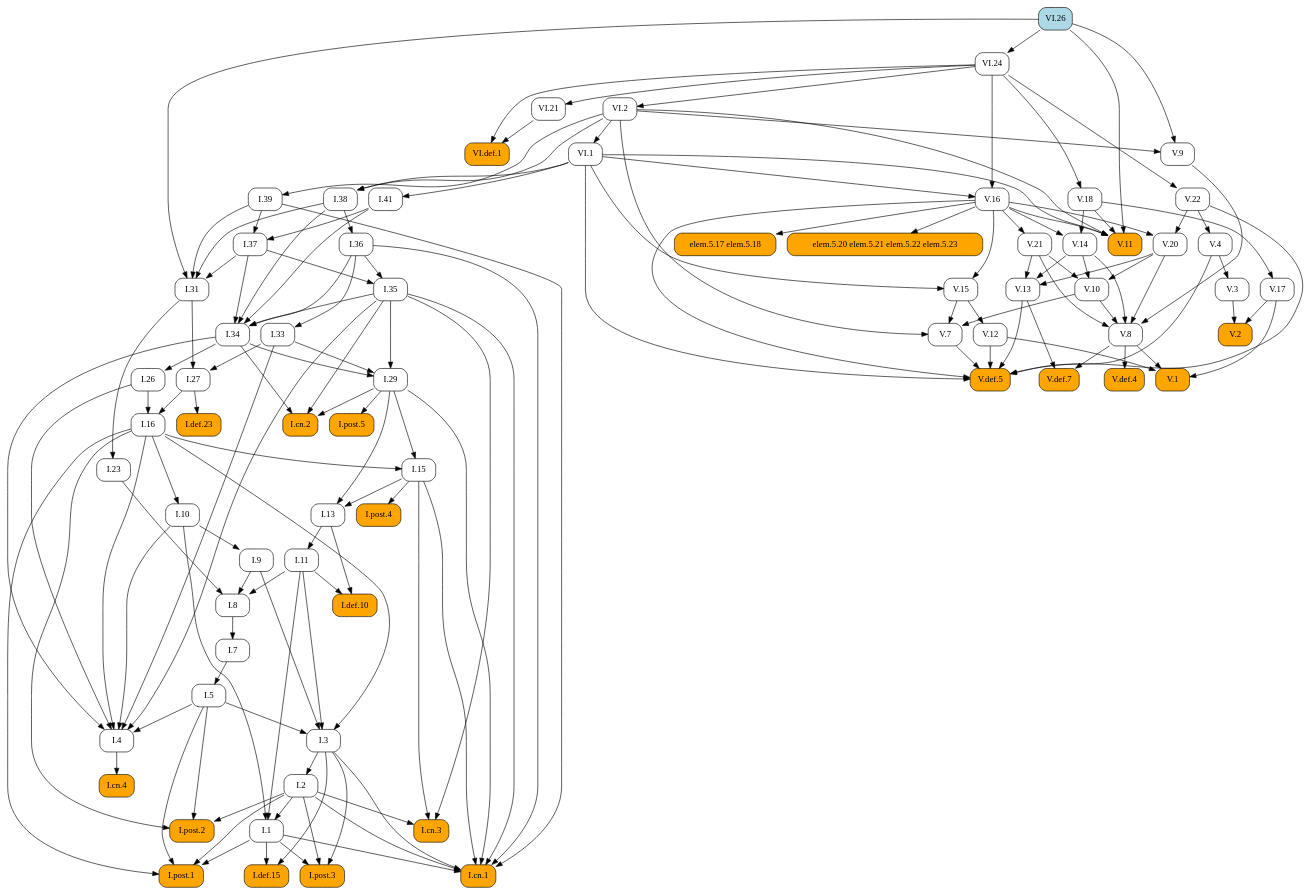
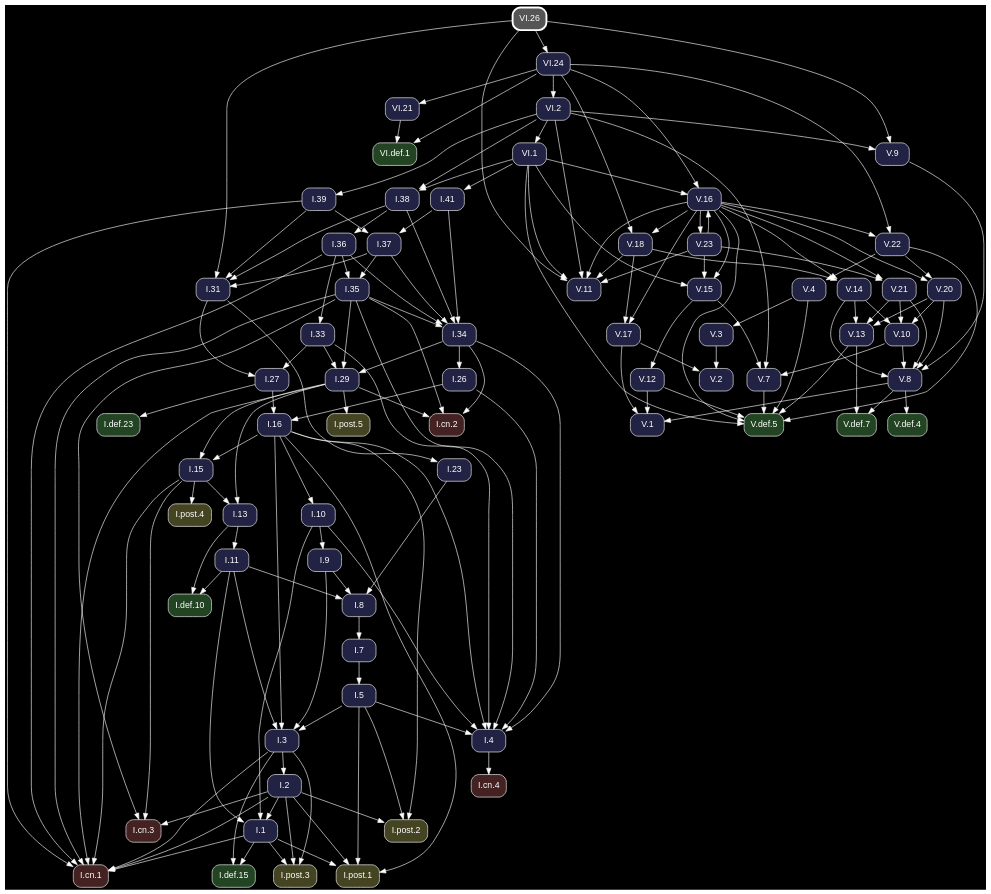
One commit to geometor/elements changed the diagram in docsrc/heath/VI/26/index.rst. Above: the diagram before and after it, drawn with Graphviz. The commit also changed other lines of this file and 1200 other files, not shown here.

Commit message:
update dependency graphs

```diff
--- a/docsrc/heath/VI/26/index.rst
+++ b/docsrc/heath/VI/26/index.rst
@@ -48,184 +48,80 @@
 .. graphviz::
 
    digraph {
+     bgcolor="black";
+     node [shape=box, style="rounded,filled", fontname="Helvetica", color="white", fontcolor="white"];
+     edge [color="white", fontcolor="white"];
      rankdir="TB";
-     node [shape=box, style=rounded];
-     "I.23" [URL="/heath/I/23/", target="_top"];
-     "I.9" [URL="/heath/I/9/", target="_top"];
-     "VI.def.1" [style="rounded,filled", fillcolor=orange, URL="/heath/VI/def.1/", target="_top"];
-     "V.13" [URL="/heath/V/13/", target="_top"];
-     "I.def.15" [style="rounded,filled", fillcolor=orange, URL="/heath/I/def.15/", target="_top"];
-     "V.7" [URL="/heath/V/7/", target="_top"];
-     "elem.5.17 elem.5.18" [style="rounded,filled", fillcolor=orange];
-     "I.post.1" [style="rounded,filled", fillcolor=orange, URL="/heath/I/post.1/", target="_top"];
-     "V.14" [URL="/heath/V/14/", target="_top"];
-     "V.9" [URL="/heath/V/9/", target="_top"];
-     "I.31" [URL="/heath/I/31/", target="_top"];
-     "V.10" [URL="/heath/V/10/", target="_top"];
-     "I.def.10" [style="rounded,filled", fillcolor=orange, URL="/heath/I/def.10/", target="_top"];
-     "V.4" [URL="/heath/V/4/", target="_top"];
-     "VI.1" [URL="/heath/VI/1/", target="_top"];
-     "I.39" [URL="/heath/I/39/", target="_top"];
-     "V.11" [style="rounded,filled", fillcolor=orange, URL="/heath/V/11/", target="_top"];
-     "V.17" [URL="/heath/V/17/", target="_top"];
-     "I.34" [URL="/heath/I/34/", target="_top"];
-     "I.3" [URL="/heath/I/3/", target="_top"];
-     "V.def.4" [style="rounded,filled", fillcolor=orange, URL="/heath/V/def.4/", target="_top"];
-     "V.def.7" [style="rounded,filled", fillcolor=orange, URL="/heath/V/def.7/", target="_top"];
-     "V.21" [URL="/heath/V/21/", target="_top"];
-     "I.2" [URL="/heath/I/2/", target="_top"];
-     "V.3" [URL="/heath/V/3/", target="_top"];
-     "I.13" [URL="/heath/I/13/", target="_top"];
-     "I.post.4" [style="rounded,filled", fillcolor=orange, URL="/heath/I/post.4/", target="_top"];
-     "I.4" [URL="/heath/I/4/", target="_top"];
-     "I.1" [URL="/heath/I/1/", target="_top"];
-     "I.8" [URL="/heath/I/8/", target="_top"];
-     "I.29" [URL="/heath/I/29/", target="_top"];
-     "V.8" [URL="/heath/V/8/", target="_top"];
-     "VI.24" [URL="/heath/VI/24/", target="_top"];
-     "I.38" [URL="/heath/I/38/", target="_top"];
-     "I.15" [URL="/heath/I/15/", target="_top"];
-     "I.10" [URL="/heath/I/10/", target="_top"];
-     "I.11" [URL="/heath/I/11/", target="_top"];
-     "I.def.23" [style="rounded,filled", fillcolor=orange, URL="/heath/I/def.23/", target="_top"];
-     "VI.21" [URL="/heath/VI/21/", target="_top"];
-     "I.26" [URL="/heath/I/26/", target="_top"];
-     "V.16" [URL="/heath/V/16/", target="_top"];
-     "I.33" [URL="/heath/I/33/", target="_top"];
-     "VI.26" [style="rounded,filled", fillcolor=lightblue, URL="/heath/VI/26/", target="_top"];
-     "I.post.3" [style="rounded,filled", fillcolor=orange, URL="/heath/I/post.3/", target="_top"];
-     "V.def.5" [style="rounded,filled", fillcolor=orange, URL="/heath/V/def.5/", target="_top"];
-     "I.27" [URL="/heath/I/27/", target="_top"];
-     "V.20" [URL="/heath/V/20/", target="_top"];
-     "V.12" [URL="/heath/V/12/", target="_top"];
-     "V.2" [style="rounded,filled", fillcolor=orange, URL="/heath/V/2/", target="_top"];
-     "I.cn.1" [style="rounded,filled", fillcolor=orange, URL="/heath/I/cn.1/", target="_top"];
-     "I.35" [URL="/heath/I/35/", target="_top"];
-     "I.7" [URL="/heath/I/7/", target="_top"];
-     "I.36" [URL="/heath/I/36/", target="_top"];
-     "I.5" [URL="/heath/I/5/", target="_top"];
-     "I.37" [URL="/heath/I/37/", target="_top"];
-     "V.18" [URL="/heath/V/18/", target="_top"];
-     "I.cn.3" [style="rounded,filled", fillcolor=orange, URL="/heath/I/cn.3/", target="_top"];
-     "I.16" [URL="/heath/I/16/", target="_top"];
-     "V.22" [URL="/heath/V/22/", target="_top"];
-     "V.1" [style="rounded,filled", fillcolor=orange, URL="/heath/V/1/", target="_top"];
-     "I.cn.2" [style="rounded,filled", fillcolor=orange, URL="/heath/I/cn.2/", target="_top"];
-     "I.post.5" [style="rounded,filled", fillcolor=orange, URL="/heath/I/post.5/", target="_top"];
-     "VI.2" [URL="/heath/VI/2/", target="_top"];
-     "I.cn.4" [style="rounded,filled", fillcolor=orange, URL="/heath/I/cn.4/", target="_top"];
-     "V.15" [URL="/heath/V/15/", target="_top"];
-     "I.post.2" [style="rounded,filled", fillcolor=orange, URL="/heath/I/post.2/", target="_top"];
-     "I.41" [URL="/heath/I/41/", target="_top"];
-     "elem.5.20 elem.5.21 elem.5.22 elem.5.23" [style="rounded,filled", fillcolor=orange];
-     "I.31" -> "I.23";
-     "I.10" -> "I.9";
-     "VI.21" -> "VI.def.1";
-     "VI.24" -> "VI.def.1";
-     "V.14" -> "V.13";
-     "V.20" -> "V.13";
-     "V.21" -> "V.13";
-     "I.1" -> "I.def.15";
-     "I.3" -> "I.def.15";
-     "V.10" -> "V.7";
-     "V.15" -> "V.7";
-     "VI.2" -> "V.7";
-     "V.16" -> "elem.5.17 elem.5.18";
-     "I.1" -> "I.post.1";
-     "I.2" -> "I.post.1";
-     "I.5" -> "I.post.1";
-     "I.16" -> "I.post.1";
-     "V.16" -> "V.14";
-     "V.18" -> "V.14";
-     "VI.2" -> "V.9";
-     "VI.26" -> "V.9";
-     "I.37" -> "I.31";
-     "I.38" -> "I.31";
-     "I.39" -> "I.31";
-     "VI.26" -> "I.31";
-     "V.14" -> "V.10";
-     "V.20" -> "V.10";
-     "V.21" -> "V.10";
-     "I.11" -> "I.def.10";
-     "I.13" -> "I.def.10";
-     "V.22" -> "V.4";
-     "VI.2" -> "VI.1";
-     "VI.2" -> "I.39";
-     "V.16" -> "V.11";
-     "V.18" -> "V.11";
-     "VI.1" -> "V.11";
-     "VI.2" -> "V.11";
-     "VI.26" -> "V.11";
-     "V.18" -> "V.17";
-     "I.35" -> "I.34";
-     "I.36" -> "I.34";
-     "I.37" -> "I.34";
-     "I.38" -> "I.34";
-     "I.41" -> "I.34";
-     "I.5" -> "I.3";
-     "I.9" -> "I.3";
-     "I.11" -> "I.3";
-     "I.16" -> "I.3";
-     "V.8" -> "V.def.4";
-     "V.8" -> "V.def.7";
-     "V.13" -> "V.def.7";
-     "V.16" -> "V.21";
-     "I.3" -> "I.2";
-     "V.4" -> "V.3";
-     "I.15" -> "I.13";
-     "I.29" -> "I.13";
-     "I.15" -> "I.post.4";
-     "I.5" -> "I.4";
-     "I.10" -> "I.4";
-     "I.16" -> "I.4";
-     "I.26" -> "I.4";
-     "I.33" -> "I.4";
-     "I.34" -> "I.4";
-     "I.35" -> "I.4";
-     "I.2" -> "I.1";
-     "I.10" -> "I.1";
-     "I.11" -> "I.1";
-     "I.9" -> "I.8";
-     "I.11" -> "I.8";
-     "I.23" -> "I.8";
-     "I.33" -> "I.29";
-     "I.34" -> "I.29";
-     "I.35" -> "I.29";
-     "V.9" -> "V.8";
-     "V.10" -> "V.8";
-     "V.14" -> "V.8";
-     "V.20" -> "V.8";
-     "V.21" -> "V.8";
-     "VI.26" -> "VI.24";
-     "VI.1" -> "I.38";
-     "VI.2" -> "I.38";
-     "I.16" -> "I.15";
-     "I.29" -> "I.15";
-     "I.16" -> "I.10";
-     "I.13" -> "I.11";
-     "I.27" -> "I.def.23";
-     "VI.24" -> "VI.21";
-     "I.34" -> "I.26";
-     "VI.1" -> "V.16";
-     "VI.24" -> "V.16";
-     "I.36" -> "I.33";
-     "I.1" -> "I.post.3";
-     "I.2" -> "I.post.3";
-     "I.3" -> "I.post.3";
-     "V.4" -> "V.def.5";
-     "V.7" -> "V.def.5";
-     "V.12" -> "V.def.5";
-     "V.13" -> "V.def.5";
-     "V.16" -> "V.def.5";
-     "V.22" -> "V.def.5";
-     "VI.1" -> "V.def.5";
-     "I.31" -> "I.27";
-     "I.33" -> "I.27";
-     "V.16" -> "V.20";
-     "V.22" -> "V.20";
-     "V.15" -> "V.12";
-     "V.3" -> "V.2";
-     "V.17" -> "V.2";
+     "V.15" [fillcolor="#222244", URL="/heath/V/15/", target="_top"];
+     "VI.26" [penwidth=3, color="white", fillcolor="#555555", URL="/heath/VI/26/", target="_top"];
+     "I.cn.1" [fillcolor="#442222", URL="/heath/I/cn.1/", target="_top"];
+     "V.18" [fillcolor="#222244", URL="/heath/V/18/", target="_top"];
+     "V.14" [fillcolor="#222244", URL="/heath/V/14/", target="_top"];
+     "I.27" [fillcolor="#222244", URL="/heath/I/27/", target="_top"];
+     "V.23" [fillcolor="#222244", URL="/heath/V/23/", target="_top"];
+     "I.2" [fillcolor="#222244", URL="/heath/I/2/", target="_top"];
+     "I.41" [fillcolor="#222244", URL="/heath/I/41/", target="_top"];
+     "I.post.4" [fillcolor="#444422", URL="/heath/I/post.4/", target="_top"];
+     "I.26" [fillcolor="#222244", URL="/heath/I/26/", target="_top"];
+     "I.8" [fillcolor="#222244", URL="/heath/I/8/", target="_top"];
+     "V.4" [fillcolor="#222244", URL="/heath/V/4/", target="_top"];
+     "V.16" [fillcolor="#222244", URL="/heath/V/16/", target="_top"];
+     "VI.2" [fillcolor="#222244", URL="/heath/VI/2/", target="_top"];
+     "I.7" [fillcolor="#222244", URL="/heath/I/7/", target="_top"];
+     "I.5" [fillcolor="#222244", URL="/heath/I/5/", target="_top"];
+     "V.11" [fillcolor="#222244", URL="/heath/V/11/", target="_top"];
+     "V.def.4" [fillcolor="#224422", URL="/heath/V/def.4/", target="_top"];
+     "V.20" [fillcolor="#222244", URL="/heath/V/20/", target="_top"];
+     "I.11" [fillcolor="#222244", URL="/heath/I/11/", target="_top"];
+     "VI.21" [fillcolor="#222244", URL="/heath/VI/21/", target="_top"];
+     "I.37" [fillcolor="#222244", URL="/heath/I/37/", target="_top"];
+     "I.cn.3" [fillcolor="#442222", URL="/heath/I/cn.3/", target="_top"];
+     "I.36" [fillcolor="#222244", URL="/heath/I/36/", target="_top"];
+     "I.38" [fillcolor="#222244", URL="/heath/I/38/", target="_top"];
+     "I.post.2" [fillcolor="#444422", URL="/heath/I/post.2/", target="_top"];
+     "I.def.23" [fillcolor="#224422", URL="/heath/I/def.23/", target="_top"];
+     "VI.24" [fillcolor="#222244", URL="/heath/VI/24/", target="_top"];
+     "I.35" [fillcolor="#222244", URL="/heath/I/35/", target="_top"];
+     "I.post.3" [fillcolor="#444422", URL="/heath/I/post.3/", target="_top"];
+     "V.13" [fillcolor="#222244", URL="/heath/V/13/", target="_top"];
+     "V.8" [fillcolor="#222244", URL="/heath/V/8/", target="_top"];
+     "I.33" [fillcolor="#222244", URL="/heath/I/33/", target="_top"];
+     "V.10" [fillcolor="#222244", URL="/heath/V/10/", target="_top"];
+     "V.def.5" [fillcolor="#224422", URL="/heath/V/def.5/", target="_top"];
+     "V.22" [fillcolor="#222244", URL="/heath/V/22/", target="_top"];
+     "I.31" [fillcolor="#222244", URL="/heath/I/31/", target="_top"];
+     "I.3" [fillcolor="#222244", URL="/heath/I/3/", target="_top"];
+     "V.12" [fillcolor="#222244", URL="/heath/V/12/", target="_top"];
+     "I.def.10" [fillcolor="#224422", URL="/heath/I/def.10/", target="_top"];
+     "I.15" [fillcolor="#222244", URL="/heath/I/15/", target="_top"];
+     "I.39" [fillcolor="#222244", URL="/heath/I/39/", target="_top"];
+     "I.13" [fillcolor="#222244", URL="/heath/I/13/", target="_top"];
+     "I.cn.2" [fillcolor="#442222", URL="/heath/I/cn.2/", target="_top"];
+     "I.9" [fillcolor="#222244", URL="/heath/I/9/", target="_top"];
+     "VI.def.1" [fillcolor="#224422", URL="/heath/VI/def.1/", target="_top"];
+     "I.1" [fillcolor="#222244", URL="/heath/I/1/", target="_top"];
+     "I.post.5" [fillcolor="#444422", URL="/heath/I/post.5/", target="_top"];
+     "I.23" [fillcolor="#222244", URL="/heath/I/23/", target="_top"];
+     "I.4" [fillcolor="#222244", URL="/heath/I/4/", target="_top"];
+     "V.7" [fillcolor="#222244", URL="/heath/V/7/", target="_top"];
+     "V.9" [fillcolor="#222244", URL="/heath/V/9/", target="_top"];
+     "VI.1" [fillcolor="#222244", URL="/heath/VI/1/", target="_top"];
+     "I.10" [fillcolor="#222244", URL="/heath/I/10/", target="_top"];
+     "V.def.7" [fillcolor="#224422", URL="/heath/V/def.7/", target="_top"];
+     "I.post.1" [fillcolor="#444422", URL="/heath/I/post.1/", target="_top"];
+     "I.16" [fillcolor="#222244", URL="/heath/I/16/", target="_top"];
+     "I.29" [fillcolor="#222244", URL="/heath/I/29/", target="_top"];
+     "I.cn.4" [fillcolor="#442222", URL="/heath/I/cn.4/", target="_top"];
+     "V.2" [fillcolor="#222244", URL="/heath/V/2/", target="_top"];
+     "V.1" [fillcolor="#222244", URL="/heath/V/1/", target="_top"];
+     "V.21" [fillcolor="#222244", URL="/heath/V/21/", target="_top"];
+     "I.34" [fillcolor="#222244", URL="/heath/I/34/", target="_top"];
+     "I.def.15" [fillcolor="#224422", URL="/heath/I/def.15/", target="_top"];
+     "V.3" [fillcolor="#222244", URL="/heath/V/3/", target="_top"];
+     "V.17" [fillcolor="#222244", URL="/heath/V/17/", target="_top"];
+     "V.16" -> "V.15";
+     "V.23" -> "V.15";
+     "VI.1" -> "V.15";
      "I.1" -> "I.cn.1";
      "I.2" -> "I.cn.1";
      "I.3" -> "I.cn.1";
@@ -234,34 +130,145 @@
      "I.35" -> "I.cn.1";
      "I.36" -> "I.cn.1";
      "I.39" -> "I.cn.1";
-     "I.36" -> "I.35";
-     "I.37" -> "I.35";
+     "V.16" -> "V.18";
+     "VI.24" -> "V.18";
+     "V.16" -> "V.14";
+     "V.18" -> "V.14";
+     "I.31" -> "I.27";
+     "I.33" -> "I.27";
+     "V.16" -> "V.23";
+     "I.3" -> "I.2";
+     "VI.1" -> "I.41";
+     "I.15" -> "I.post.4";
+     "I.34" -> "I.26";
+     "I.9" -> "I.8";
+     "I.11" -> "I.8";
+     "I.23" -> "I.8";
+     "V.22" -> "V.4";
+     "V.23" -> "V.16";
+     "VI.1" -> "V.16";
+     "VI.24" -> "V.16";
+     "VI.24" -> "VI.2";
      "I.8" -> "I.7";
-     "I.38" -> "I.36";
      "I.7" -> "I.5";
+     "V.16" -> "V.11";
+     "V.18" -> "V.11";
+     "V.23" -> "V.11";
+     "VI.1" -> "V.11";
+     "VI.2" -> "V.11";
+     "VI.26" -> "V.11";
+     "V.8" -> "V.def.4";
+     "V.16" -> "V.20";
+     "V.22" -> "V.20";
+     "I.13" -> "I.11";
+     "VI.24" -> "VI.21";
      "I.39" -> "I.37";
      "I.41" -> "I.37";
-     "VI.24" -> "V.18";
      "I.2" -> "I.cn.3";
      "I.15" -> "I.cn.3";
      "I.35" -> "I.cn.3";
+     "I.38" -> "I.36";
+     "VI.1" -> "I.38";
+     "VI.2" -> "I.38";
+     "I.2" -> "I.post.2";
+     "I.5" -> "I.post.2";
+     "I.16" -> "I.post.2";
+     "I.27" -> "I.def.23";
+     "VI.26" -> "VI.24";
+     "I.36" -> "I.35";
+     "I.37" -> "I.35";
+     "I.1" -> "I.post.3";
+     "I.2" -> "I.post.3";
+     "I.3" -> "I.post.3";
+     "V.14" -> "V.13";
+     "V.20" -> "V.13";
+     "V.21" -> "V.13";
+     "V.9" -> "V.8";
+     "V.10" -> "V.8";
+     "V.14" -> "V.8";
+     "V.20" -> "V.8";
+     "V.21" -> "V.8";
+     "I.36" -> "I.33";
+     "V.14" -> "V.10";
+     "V.20" -> "V.10";
+     "V.21" -> "V.10";
+     "V.4" -> "V.def.5";
+     "V.7" -> "V.def.5";
+     "V.12" -> "V.def.5";
+     "V.13" -> "V.def.5";
+     "V.16" -> "V.def.5";
+     "V.22" -> "V.def.5";
+     "VI.1" -> "V.def.5";
+     "V.16" -> "V.22";
+     "VI.24" -> "V.22";
+     "I.37" -> "I.31";
+     "I.38" -> "I.31";
+     "I.39" -> "I.31";
+     "VI.26" -> "I.31";
+     "I.5" -> "I.3";
+     "I.9" -> "I.3";
+     "I.11" -> "I.3";
+     "I.16" -> "I.3";
+     "V.15" -> "V.12";
+     "I.11" -> "I.def.10";
+     "I.13" -> "I.def.10";
+     "I.16" -> "I.15";
+     "I.29" -> "I.15";
+     "VI.2" -> "I.39";
+     "I.15" -> "I.13";
+     "I.29" -> "I.13";
+     "I.29" -> "I.cn.2";
+     "I.34" -> "I.cn.2";
+     "I.35" -> "I.cn.2";
+     "I.10" -> "I.9";
+     "VI.21" -> "VI.def.1";
+     "VI.24" -> "VI.def.1";
+     "I.2" -> "I.1";
+     "I.10" -> "I.1";
+     "I.11" -> "I.1";
+     "I.29" -> "I.post.5";
+     "I.31" -> "I.23";
+     "I.5" -> "I.4";
+     "I.10" -> "I.4";
+     "I.16" -> "I.4";
+     "I.26" -> "I.4";
+     "I.33" -> "I.4";
+     "I.34" -> "I.4";
+     "I.35" -> "I.4";
+     "V.10" -> "V.7";
+     "V.15" -> "V.7";
+     "VI.2" -> "V.7";
+     "VI.2" -> "V.9";
+     "VI.26" -> "V.9";
+     "VI.2" -> "VI.1";
+     "I.16" -> "I.10";
+     "V.8" -> "V.def.7";
+     "V.13" -> "V.def.7";
+     "I.1" -> "I.post.1";
+     "I.2" -> "I.post.1";
+     "I.5" -> "I.post.1";
+     "I.16" -> "I.post.1";
      "I.26" -> "I.16";
      "I.27" -> "I.16";
-     "VI.24" -> "V.22";
+     "I.33" -> "I.29";
+     "I.34" -> "I.29";
+     "I.35" -> "I.29";
+     "I.4" -> "I.cn.4";
+     "V.3" -> "V.2";
+     "V.17" -> "V.2";
      "V.8" -> "V.1";
      "V.12" -> "V.1";
      "V.17" -> "V.1";
-     "I.29" -> "I.cn.2";
-     "I.34" -> "I.cn.2";
-     "I.35" -> "I.cn.2";
-     "I.29" -> "I.post.5";
-     "VI.24" -> "VI.2";
-     "I.4" -> "I.cn.4";
-     "V.16" -> "V.15";
-     "VI.1" -> "V.15";
-     "I.2" -> "I.post.2";
-     "I.5" -> "I.post.2";
-     "I.16" -> "I.post.2";
-     "VI.1" -> "I.41";
-     "V.16" -> "elem.5.20 elem.5.21 elem.5.22 elem.5.23";
+     "V.16" -> "V.21";
+     "V.23" -> "V.21";
+     "I.35" -> "I.34";
+     "I.36" -> "I.34";
+     "I.37" -> "I.34";
+     "I.38" -> "I.34";
+     "I.41" -> "I.34";
+     "I.1" -> "I.def.15";
+     "I.3" -> "I.def.15";
+     "V.4" -> "V.3";
+     "V.16" -> "V.17";
+     "V.18" -> "V.17";
    }
```
